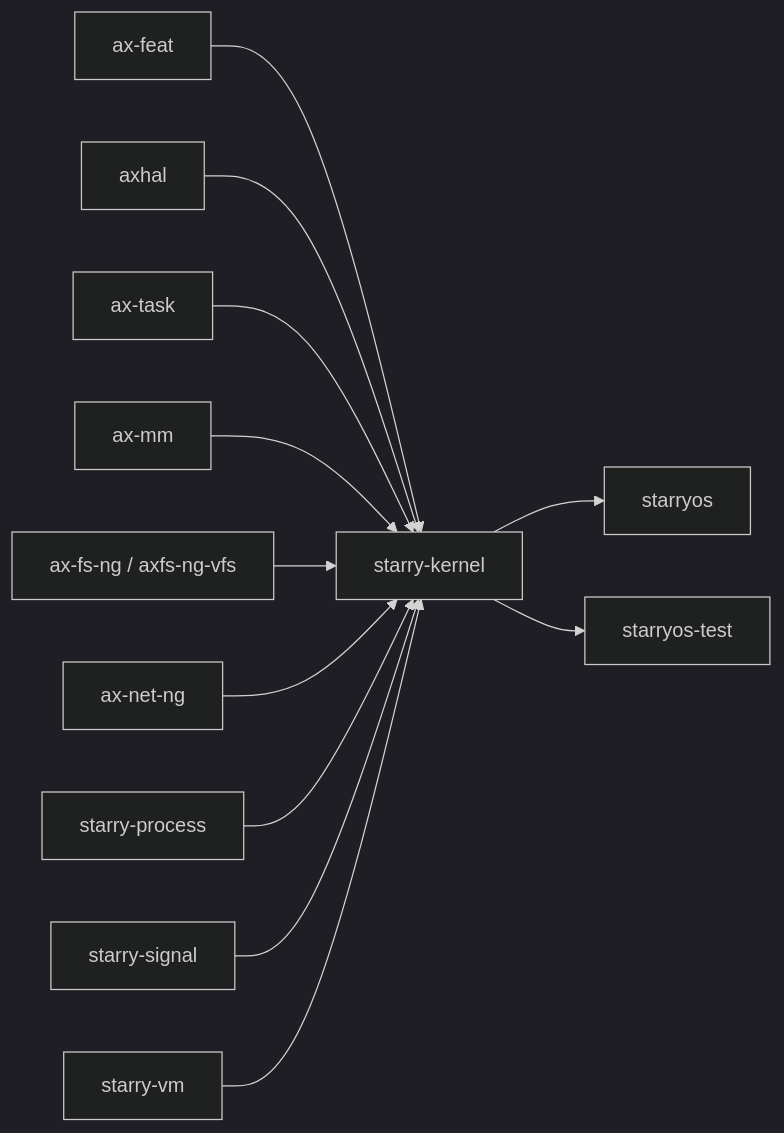
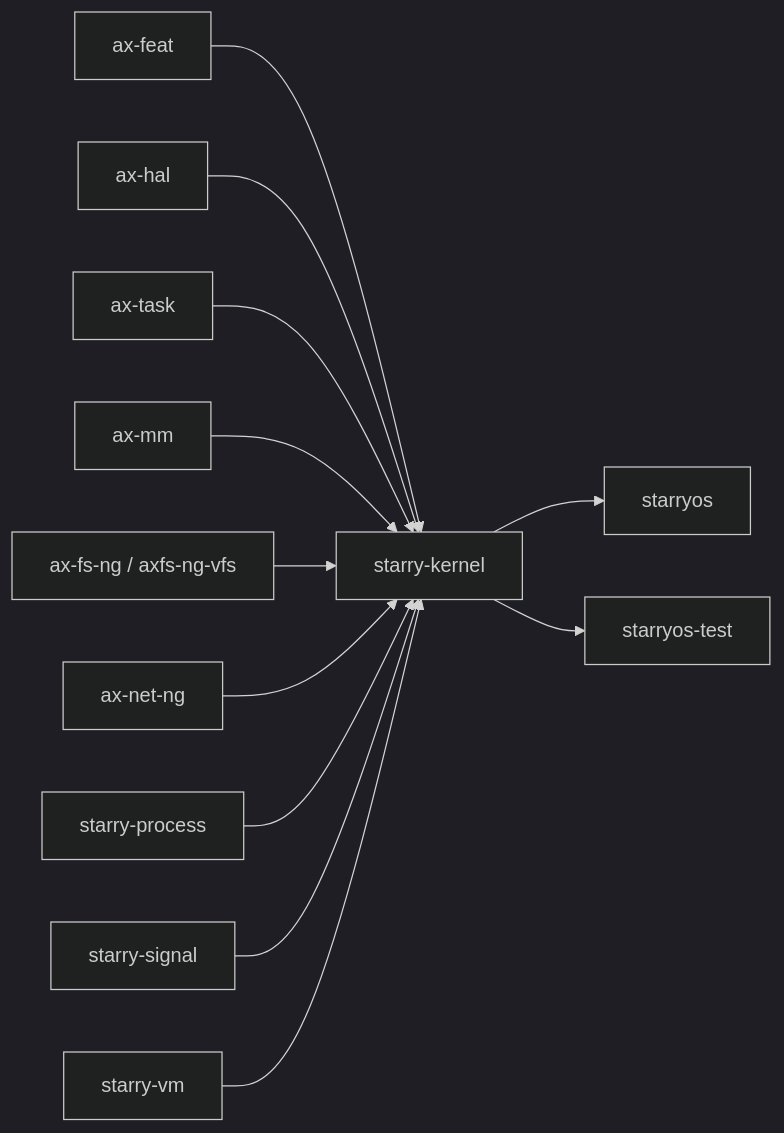
Before and after one commit to zKurisu/tgoskits: the second of 2 diagrams in docs/crates/starry-kernel.md, drawn with Mermaid (dark theme). The commit also changed other lines of this file and 158 other files, not shown here.

Commit message:
rename axhal to ax-hal

````diff
--- a/docs/crates/starry-kernel.md
+++ b/docs/crates/starry-kernel.md
@@ -116,15 +116,15 @@
 ```mermaid
 graph LR
     ax-feat["ax-feat"] --> starry["starry-kernel"]
-    axhal["axhal"] --> starry
+    ax-hal["ax-hal"] --> starry
     ax-task["ax-task"] --> starry
     ax-mm["ax-mm"] --> starry
     ax-fs["ax-fs-ng / axfs-ng-vfs"] --> starry
     ax-net["ax-net-ng"] --> starry
     starry_process["starry-process"] --> starry
     starry_signal["starry-signal"] --> starry
     starry_vm["starry-vm"] --> starry
 
     starry --> starryos["starryos"]
     starry --> starryos_test["starryos-test"]
 ```
````
